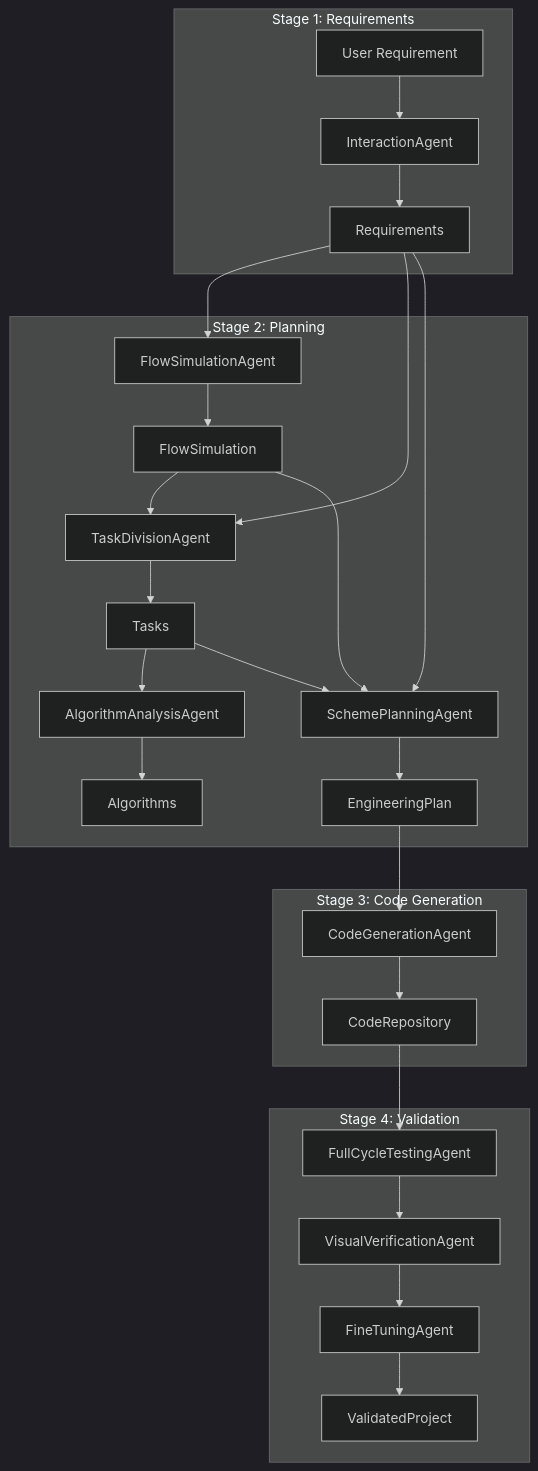
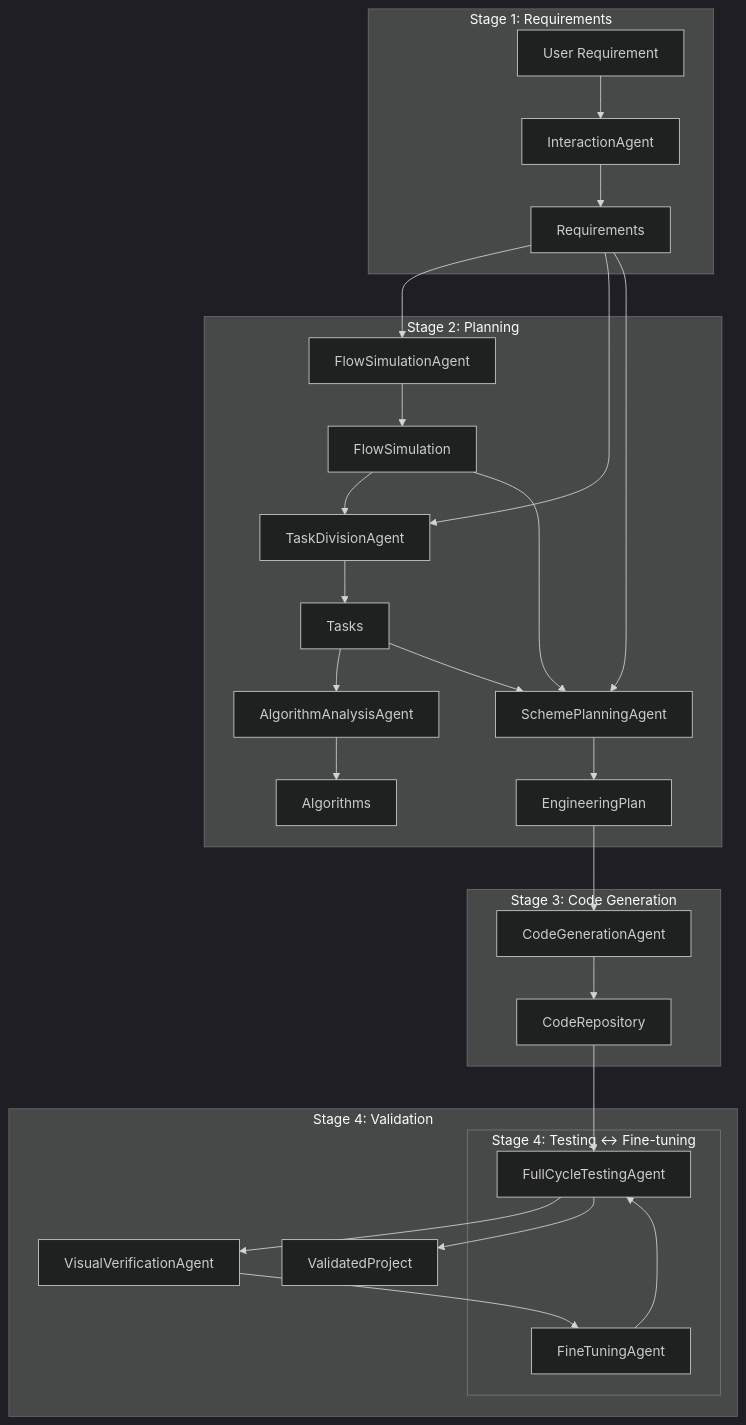
Before and after one commit to LikC1606/idea2product: the first of 2 diagrams in docs/ARCHITECTURE.md, drawn with Mermaid (dark theme). The commit also changed other lines of this file and 82 other files, not shown here.

````diff
--- a/docs/ARCHITECTURE.md
+++ b/docs/ARCHITECTURE.md
@@ -7,42 +7,45 @@
 ```mermaid
 flowchart TB
     subgraph Stage1 [Stage 1: Requirements]
         IA[InteractionAgent]
         User[User Requirement] --> IA
         IA --> Req[Requirements]
     end
 
     subgraph Stage2 [Stage 2: Planning]
         FS[FlowSimulationAgent]
         TD[TaskDivisionAgent]
         AA[AlgorithmAnalysisAgent]
         SP[SchemePlanningAgent]
         Req --> FS
         FS --> Flow[FlowSimulation]
         Req --> TD
         Flow --> TD
         TD --> Tasks[Tasks]
         Tasks --> AA
         AA --> Algos[Algorithms]
         Req --> SP
         Tasks --> SP
         Flow --> SP
         SP --> Plan[EngineeringPlan]
     end
 
     subgraph Stage3 [Stage 3: Code Generation]
         CG[CodeGenerationAgent]
         Plan --> CG
         CG --> Repo[CodeRepository]
     end
 
     subgraph Stage4 [Stage 4: Validation]
-        FC[FullCycleTestingAgent]
-        FV[FineTuningAgent]
+        subgraph Stage4Loop [Stage 4: Testing ↔ Fine-tuning]
+            FC[FullCycleTestingAgent]
+            FV[FineTuningAgent]
+        end
         VV[VisualVerificationAgent]
         Repo --> FC
         FC --> VV
         VV --> FV
-        FV --> Valid[ValidatedProject]
+        FV --> FC
+        FC --> Valid[ValidatedProject]
     end
 ```
````
